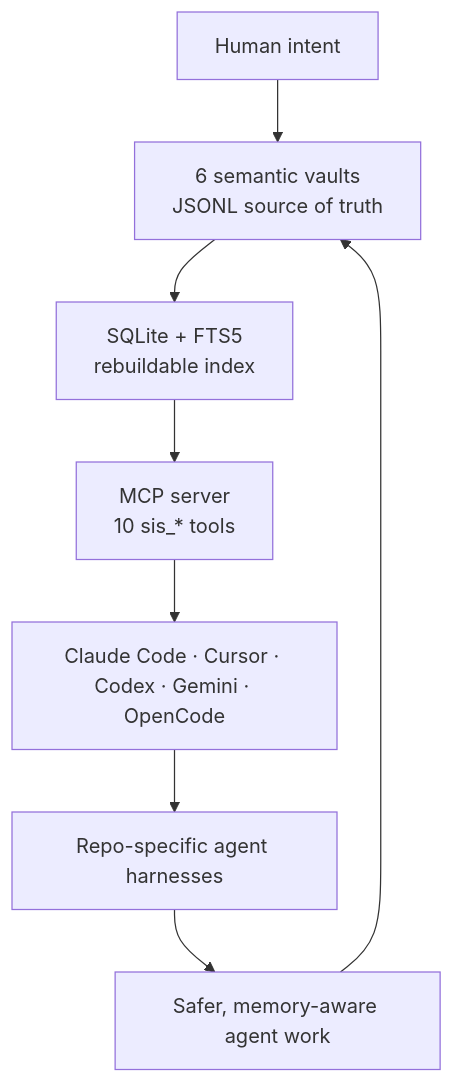
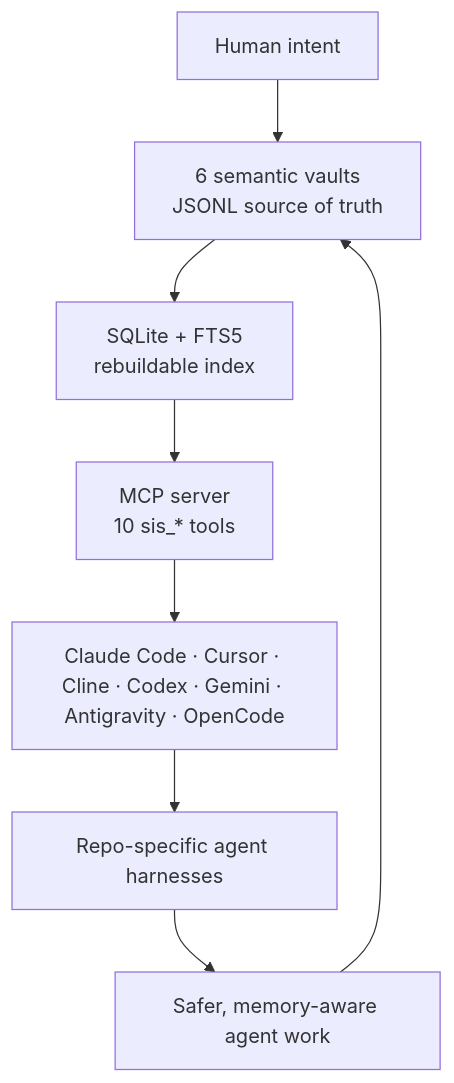
The diagram in README.md (frankxai/Starlight-Intelligence-System), drawn with Mermaid before and after one commit. The commit also changed other lines of this file and 6 other files, not shown here.

````diff
--- a/README.md
+++ b/README.md
@@ -37,18 +37,18 @@
 ```mermaid
 flowchart TB
   Human["Human intent"]
   Vaults["6 semantic vaults<br/>JSONL source of truth"]
   Index["SQLite + FTS5<br/>rebuildable index"]
   MCP["MCP server<br/>10 sis_* tools"]
-  Adapters["Claude Code · Cursor · Codex · Gemini · OpenCode"]
+  Adapters["Claude Code · Cursor · Cline · Codex · Gemini · Antigravity · OpenCode"]
   Repos["Repo-specific agent harnesses"]
   Output["Safer, memory-aware agent work"]
 
   Human --> Vaults
   Vaults --> Index
   Index --> MCP
   MCP --> Adapters
   Adapters --> Repos
   Repos --> Output
   Output --> Vaults
 ```
````
